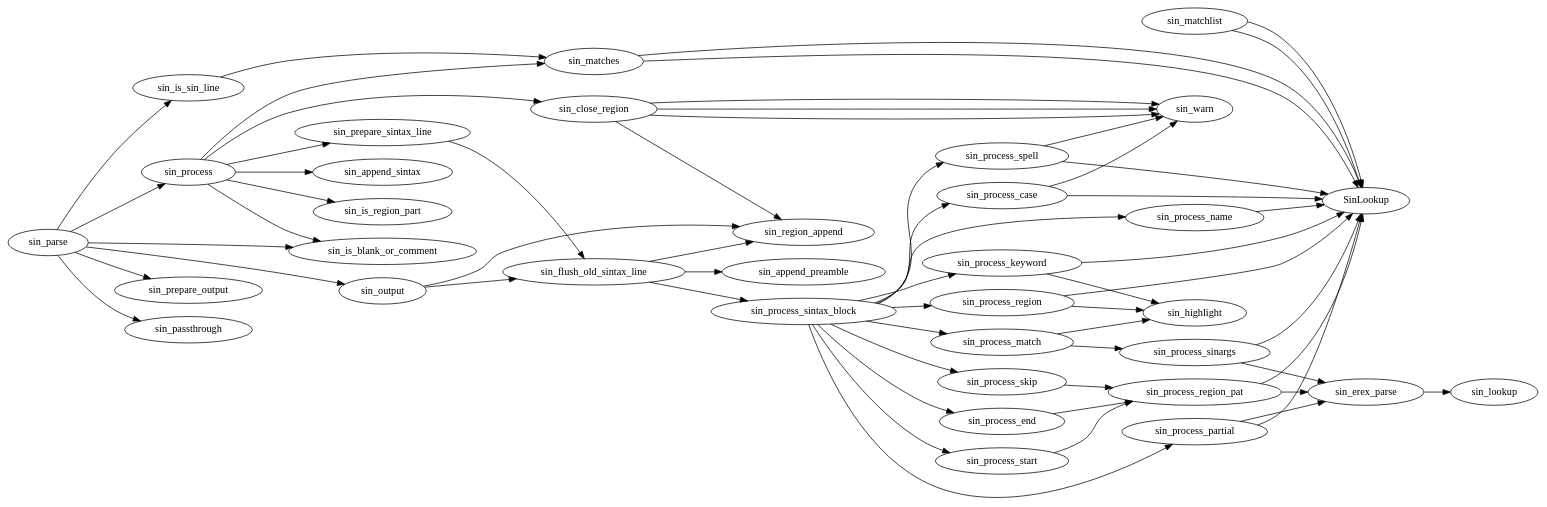
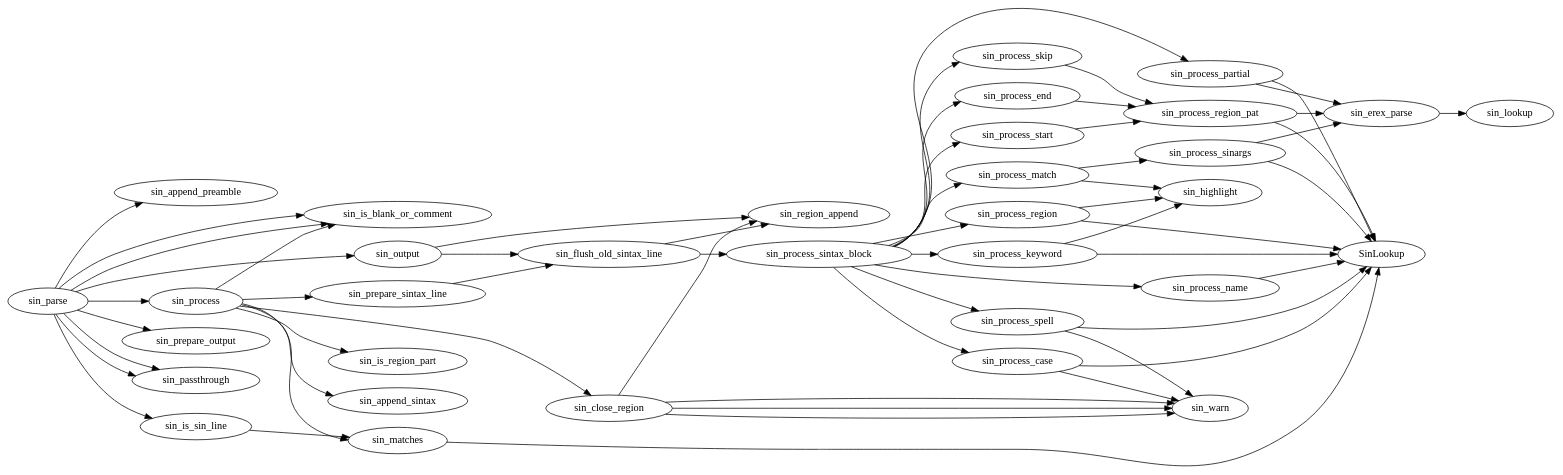
Before and after one commit to dahu/SinTax: the diagram in sintax.dot, drawn with Graphviz. The commit also changed 1 other file, not shown here.

Commit message:
slight tidy up of code and dot file to reflect new call graph

```diff
--- a/sintax.dot
+++ b/sintax.dot
@@ -1,72 +1,71 @@
 digraph S {
   rankdir=LR
     SinLookup ;
     sin_append_sintax ;
     sin_append_preamble ;
     sin_close_region           ->  sin_warn;
     sin_close_region           ->  sin_warn;
     sin_close_region           ->  sin_warn;
     sin_close_region           ->  sin_region_append;
     sin_erex_parse             ->  sin_lookup;
-    sin_flush_old_sintax_line  ->  sin_append_preamble;
     sin_flush_old_sintax_line  ->  sin_process_sintax_block;
     sin_flush_old_sintax_line  ->  sin_region_append;
     sin_highlight ;
     sin_is_blank_or_comment ;
     sin_is_region_part ;
     sin_is_sin_line            ->  sin_matches;
     sin_lookup ;
     sin_matches                ->  SinLookup;
-    sin_matches                ->  SinLookup;
-    sin_matchlist              ->  SinLookup;
-    sin_matchlist              ->  SinLookup;
     sin_output                 ->  sin_flush_old_sintax_line;
     sin_output                 ->  sin_region_append;
     sin_parse                  ->  sin_prepare_output;
+    sin_parse                  ->  sin_is_blank_or_comment;
+    sin_parse                  ->  sin_passthrough;
+    sin_parse                  ->  sin_append_preamble;
     sin_parse                  ->  sin_is_blank_or_comment;
     sin_parse                  ->  sin_is_sin_line;
     sin_parse                  ->  sin_passthrough;
     sin_parse                  ->  sin_process;
     sin_parse                  ->  sin_output;
     sin_passthrough ;
     sin_prepare_output ;
     sin_prepare_sintax_line    ->  sin_flush_old_sintax_line;
     sin_process                ->  sin_prepare_sintax_line;
     sin_process                ->  sin_is_region_part;
     sin_process                ->  sin_close_region;
     sin_process                ->  sin_matches;
     sin_process                ->  sin_is_blank_or_comment;
     sin_process                ->  sin_append_sintax;
     sin_process_case           ->  SinLookup;
     sin_process_case           ->  sin_warn;
     sin_process_end            ->  sin_process_region_pat;
     sin_process_keyword        ->  SinLookup;
     sin_process_keyword        ->  sin_highlight;
     sin_process_match          ->  sin_process_sinargs;
     sin_process_match          ->  sin_highlight;
     sin_process_name           ->  SinLookup;
     sin_process_partial        ->  SinLookup;
     sin_process_partial        ->  sin_erex_parse;
     sin_process_region         ->  SinLookup;
     sin_process_region         ->  sin_highlight;
     sin_process_region_pat     ->  SinLookup;
     sin_process_region_pat     ->  sin_erex_parse;
     sin_process_sinargs        ->  SinLookup;
     sin_process_sinargs        ->  sin_erex_parse;
     sin_process_sintax_block   ->  sin_process_name;
     sin_process_sintax_block   ->  sin_process_case;
     sin_process_sintax_block   ->  sin_process_spell;
     sin_process_sintax_block   ->  sin_process_keyword;
     sin_process_sintax_block   ->  sin_process_partial;
     sin_process_sintax_block   ->  sin_process_match;
     sin_process_sintax_block   ->  sin_process_region;
     sin_process_sintax_block   ->  sin_process_start;
     sin_process_sintax_block   ->  sin_process_skip;
     sin_process_sintax_block   ->  sin_process_end;
     sin_process_skip           ->  sin_process_region_pat;
     sin_process_spell          ->  SinLookup;
     sin_process_spell          ->  sin_warn;
     sin_process_start          ->  sin_process_region_pat;
     sin_region_append ;
     sin_warn ;
     }
```
